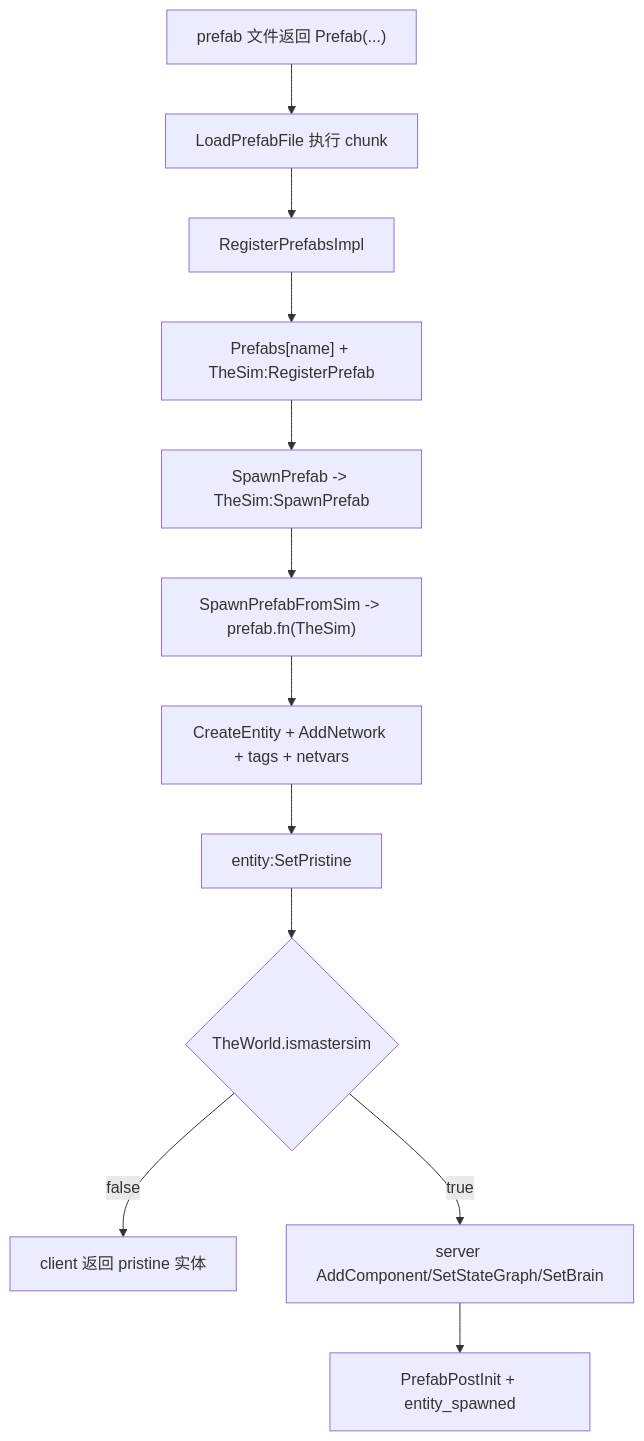
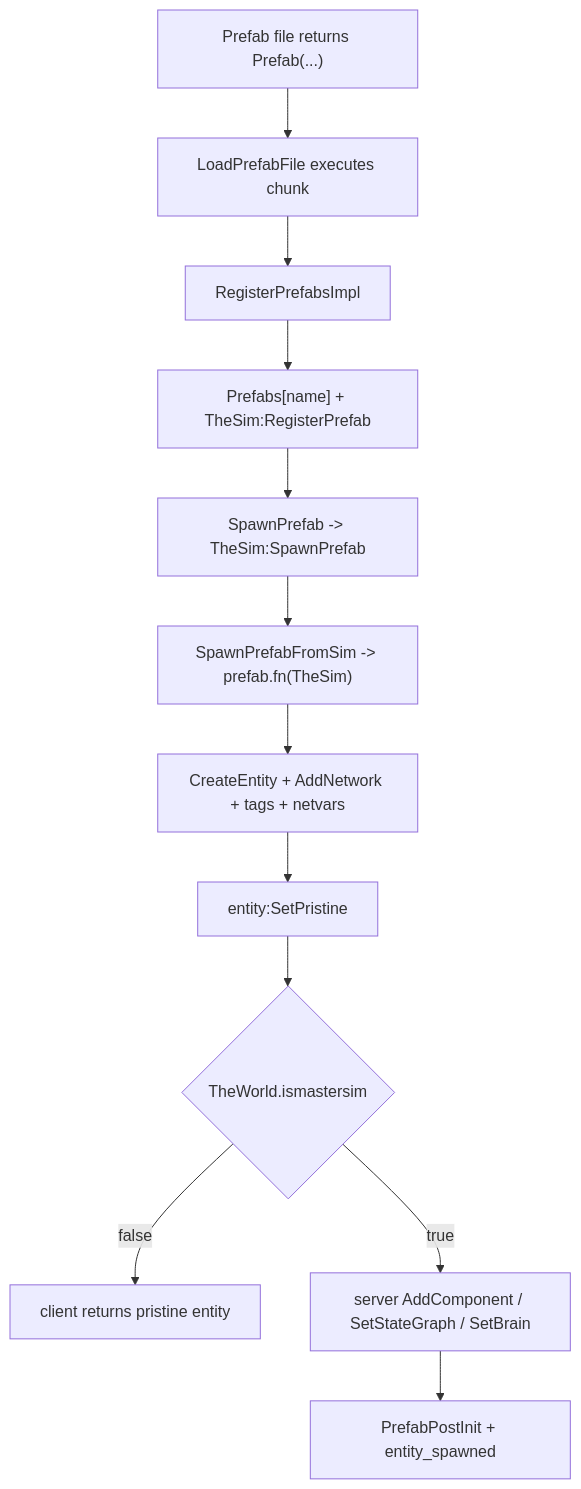
The diagram in dst-scripts/index/0x3000-entity-action/0x3300-prefab-assembly/0x3301-prefab-contract.md (LetsStarveTogether/dst-server), drawn with Mermaid before and after one commit. The commit also changed other lines of this file and 83 other files, not shown here.

```diff
--- a/dst-scripts/index/0x3000-entity-action/0x3300-prefab-assembly/0x3301-prefab-contract.md
+++ b/dst-scripts/index/0x3000-entity-action/0x3300-prefab-assembly/0x3301-prefab-contract.md
@@ -88,15 +65,15 @@
 ~~~mermaid
 flowchart TD
-    A["prefab 文件返回 Prefab(...)"]
-    A --> B["LoadPrefabFile 执行 chunk"]
+    A["Prefab file returns Prefab(...)"]
+    A --> B["LoadPrefabFile executes chunk"]
     B --> C["RegisterPrefabsImpl"]
     C --> D["Prefabs[name] + TheSim:RegisterPrefab"]
     D --> E["SpawnPrefab -> TheSim:SpawnPrefab"]
     E --> F["SpawnPrefabFromSim -> prefab.fn(TheSim)"]
     F --> G["CreateEntity + AddNetwork + tags + netvars"]
     G --> H["entity:SetPristine"]
     H --> I{"TheWorld.ismastersim"}
-    I -->|false| J["client 返回 pristine 实体"]
-    I -->|true| K["server AddComponent/SetStateGraph/SetBrain"]
+    I -->|false| J["client returns pristine entity"]
+    I -->|true| K["server AddComponent / SetStateGraph / SetBrain"]
     K --> L["PrefabPostInit + entity_spawned"]
 ~~~
```
